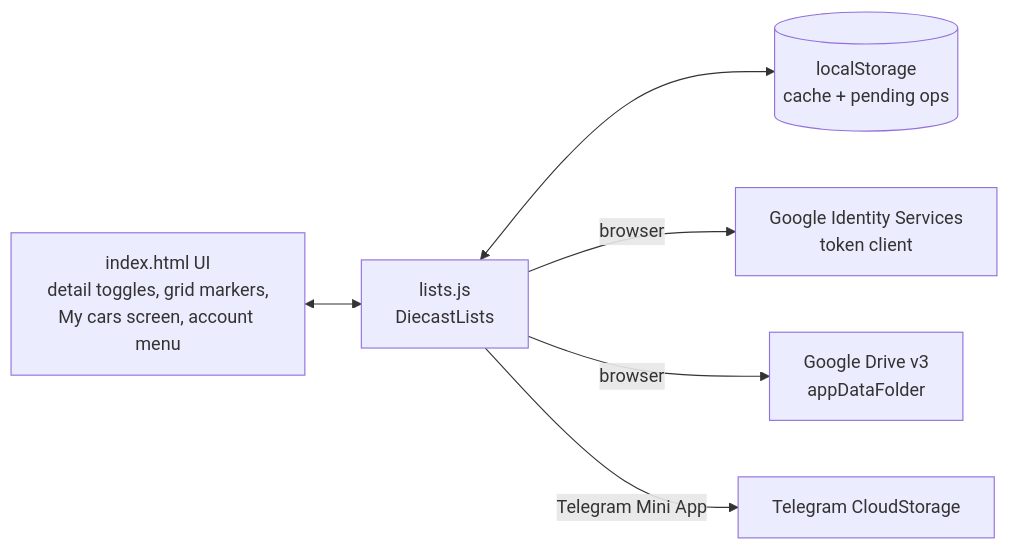
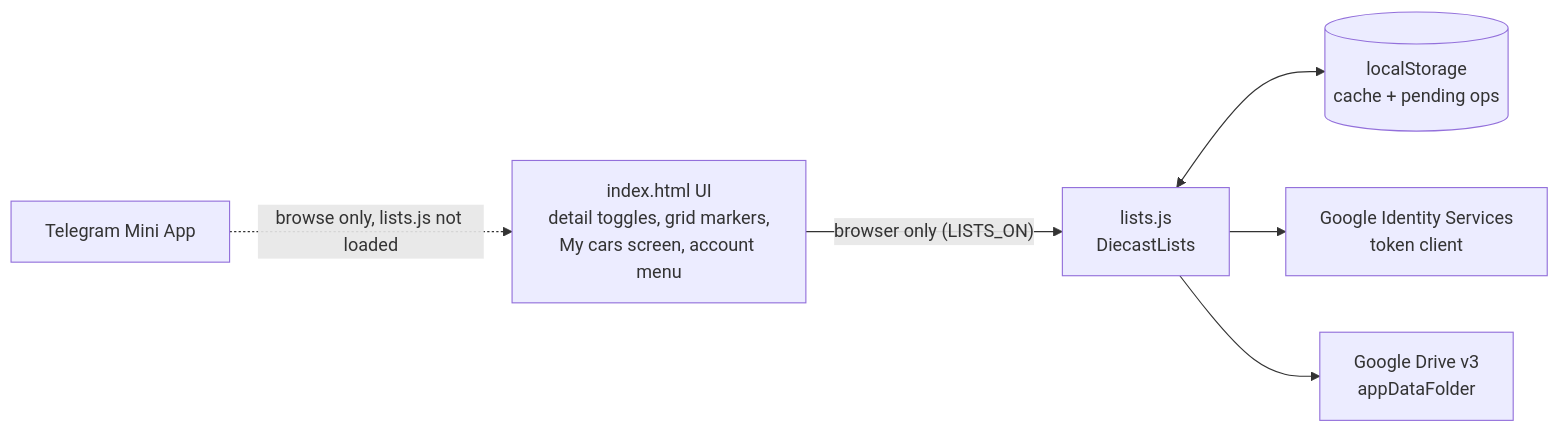
One commit to danyjoy/diecastDb changed the diagram in .kiro/specs/my-collection-sync/design.md. Above: the diagram before and after it, drawn with Mermaid. The commit also changed other lines of this file and 2 other files, not shown here.

Commit message:
Spec: collection features are browser-only; Telegram Mini App stays browse-only

````diff
--- a/.kiro/specs/my-collection-sync/design.md
+++ b/.kiro/specs/my-collection-sync/design.md
@@ -14,14 +28,14 @@
 ```mermaid
 flowchart LR
   UI["index.html UI<br/>detail toggles, grid markers,<br/>My cars screen, account menu"]
   L["lists.js<br/>DiecastLists"]
   C[("localStorage<br/>cache + pending ops")]
   G["Google Drive v3<br/>appDataFolder"]
-  T["Telegram CloudStorage"]
   GIS["Google Identity Services<br/>token client"]
-  UI <--> L
+  TG["Telegram Mini App"]
+  UI -- "browser only (LISTS_ON)" --> L
   L <--> C
-  L -- "browser" --> GIS
-  L -- "browser" --> G
-  L -- "Telegram Mini App" --> T
+  L --> GIS
+  L --> G
+  TG -. "browse only, lists.js not loaded" .-> UI
 ```
````
